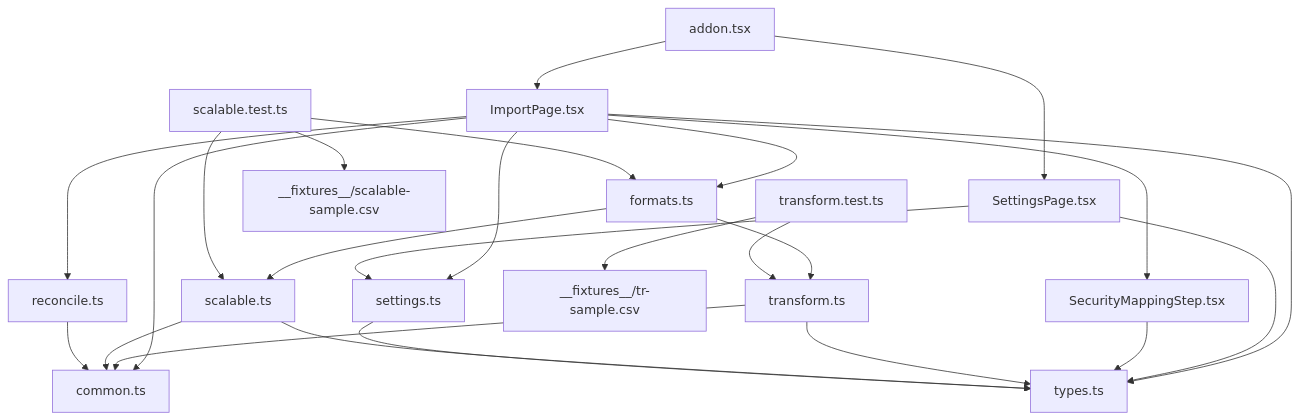
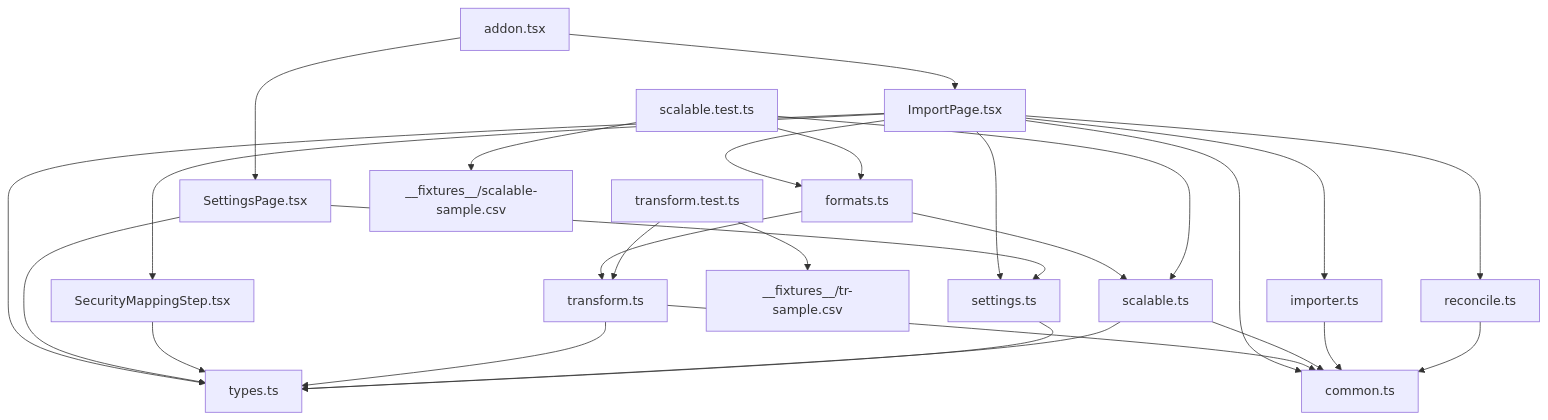
Before and after one commit to waldonso2/wealthfolio-importer-addon: the second of 6 diagrams in docs/ARCHITECTURE.md, drawn with Mermaid. The commit also changed other lines of this file and 8 other files, not shown here.

````diff
--- a/docs/ARCHITECTURE.md
+++ b/docs/ARCHITECTURE.md
@@ -125,27 +127,29 @@
 ```mermaid
 flowchart TD
     addon[addon.tsx] --> IP[ImportPage.tsx]
     addon --> SP[SettingsPage.tsx]
     IP --> SMS[SecurityMappingStep.tsx]
     IP --> FO[formats.ts]
     IP --> CM[common.ts]
     FO --> TR[transform.ts]
     FO --> SC[scalable.ts]
     TR --> CM
     SC --> CM
     IP --> ST[settings.ts]
     SP --> ST
     IP --> TY[types.ts]
     SP --> TY
     SMS --> TY
     TR --> TY
     SC --> TY
     ST --> TY
     TEST[transform.test.ts] --> TR
     TEST --> FIX[__fixtures__/tr-sample.csv]
     TEST2[scalable.test.ts] --> SC
     TEST2 --> FO
     TEST2 --> FIX2[__fixtures__/scalable-sample.csv]
     IP --> RC[reconcile.ts]
+    IP --> IM[importer.ts]
+    IM --> CM
     RC --> CM
 ```
````
